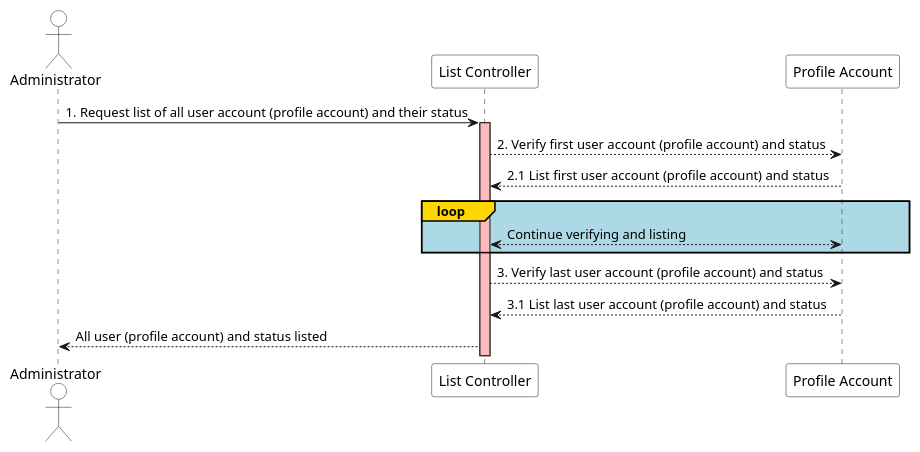
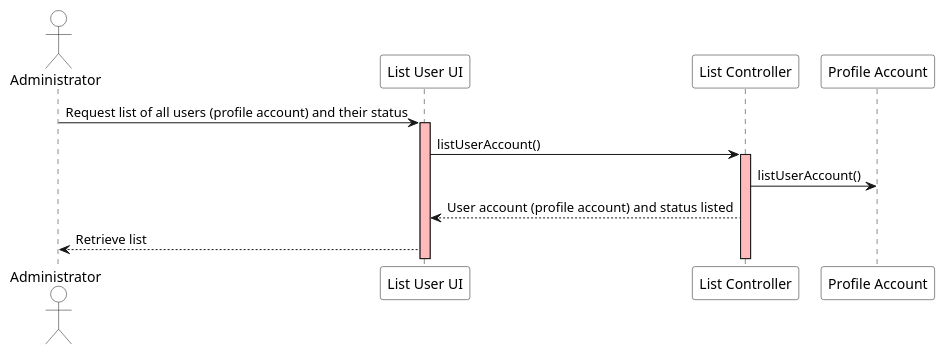
The diagram in docs/modelling_design/user_stories/us004/US004_ListAllAccountsAndStatusSD.puml (ivo-menezes/project_g3), drawn with PlantUML before and after one commit.

Commit message:
US004:Design: US004_ListAllAccountsAndStatusSD (Update)

```diff
--- a/docs/modelling_design/user_stories/us004/US004_ListAllAccountsAndStatusSD.puml
+++ b/docs/modelling_design/user_stories/us004/US004_ListAllAccountsAndStatusSD.puml
@@ -1,21 +1,20 @@
 @startuml
 
-actor Administrator  as Administrator #white
-participant "List Controller" as Profile #white
+actor Administrator as Administrator #white
+participant "List User UI" as UI #white
+participant "List Controller" as Controller #white
 participant "Profile Account" as Account #white
 
-Administrator ->  Profile : 1. Request list of all user account (profile account) and their status
-activate Profile #FFBBBB
 
-Profile --> Account : 2. Verify first user account (profile account) and status
-Account --> Profile : 2.1 List first user account (profile account) and status
+Administrator ->  UI: Request list of all users (profile account) and their status
 
-loop#Gold #LightBlue
-   Profile <--> Account : Continue verifying and listing
-end
+activate UI #FFBBBB
+UI -> Controller: listUserAccount()
 
-Profile --> Account : 3. Verify last user account (profile account) and status
-Account --> Profile : 3.1 List last user account (profile account) and status
+activate Controller #FFBBBB
+Controller -> Account: listUserAccount()
 
-Administrator <-- Profile: All user (profile account) and status listed
+Controller --> UI: User account (profile account) and status listed
+
+UI --> Administrator: Retrieve list
 @enduml
```
